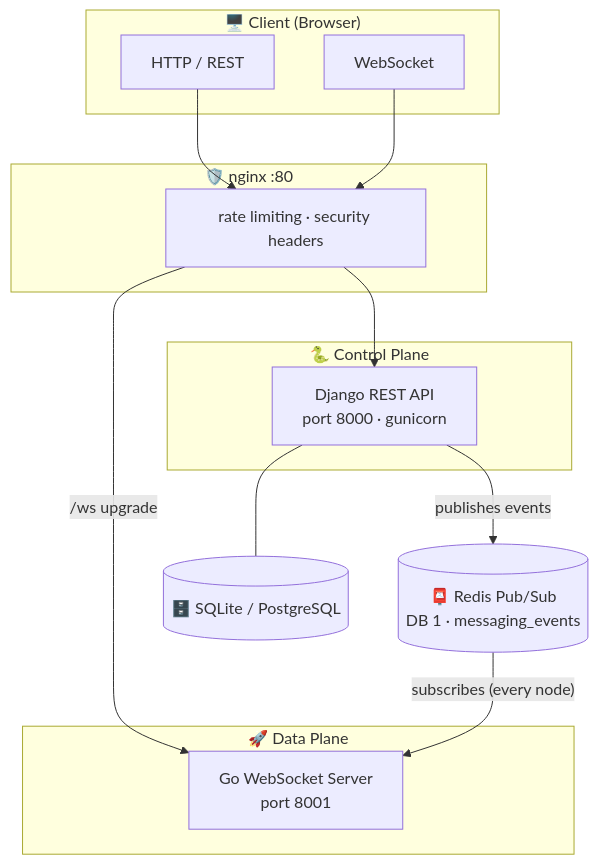
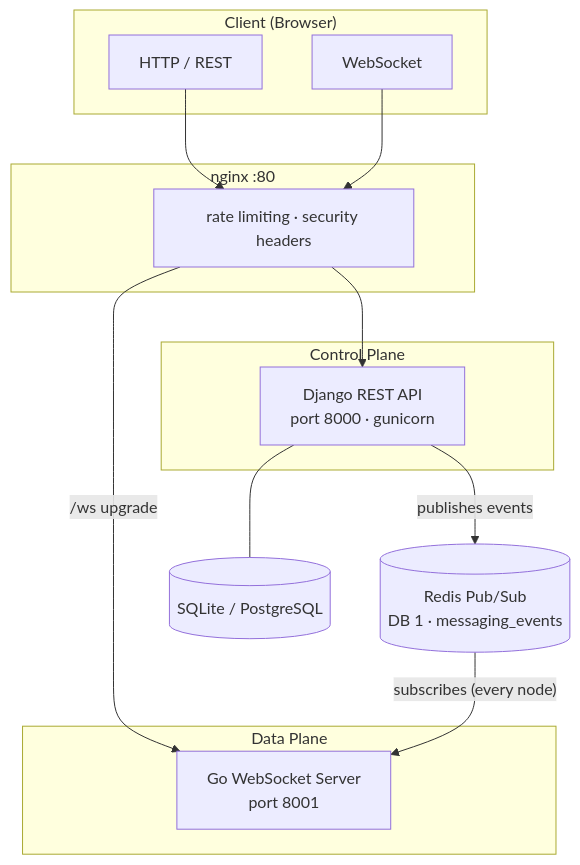
The diagram in README.md (Kyei-Ernest/distributed-messaging-api), drawn with Mermaid before and after one commit. The commit also changed other lines of this file, not shown here.

Commit message:
readme: remove emojis from headers and diagram labels

````diff
--- a/README.md
+++ b/README.md
@@ -28,30 +28,30 @@
 ```mermaid
 flowchart TB
-    subgraph CLIENT["🖥️ Client (Browser)"]
+    subgraph CLIENT["Client (Browser)"]
         REST["HTTP / REST"]
         WSSOCK["WebSocket"]
     end
 
-    subgraph EDGE["🛡️ nginx :80"]
+    subgraph EDGE["nginx :80"]
         PROXY["rate limiting · security headers"]
     end
 
-    subgraph CONTROL["🐍 Control Plane"]
+    subgraph CONTROL["Control Plane"]
         DJANGO["Django REST API<br/>port 8000 · gunicorn"]
     end
 
-    subgraph DATA["🚀 Data Plane"]
+    subgraph DATA["Data Plane"]
         GO["Go WebSocket Server<br/>port 8001"]
     end
 
-    REDIS[("📮 Redis Pub/Sub<br/>DB 1 · messaging_events")]
-    DB[("🗄️ SQLite / PostgreSQL")]
+    REDIS[("Redis Pub/Sub<br/>DB 1 · messaging_events")]
+    DB[("SQLite / PostgreSQL")]
 
     REST --> PROXY
     WSSOCK --> PROXY
     PROXY --> DJANGO
     PROXY -- "/ws upgrade" --> GO
     DJANGO -- "publishes events" --> REDIS
     REDIS -- "subscribes (every node)" --> GO
     DJANGO --- DB
 ```
````
